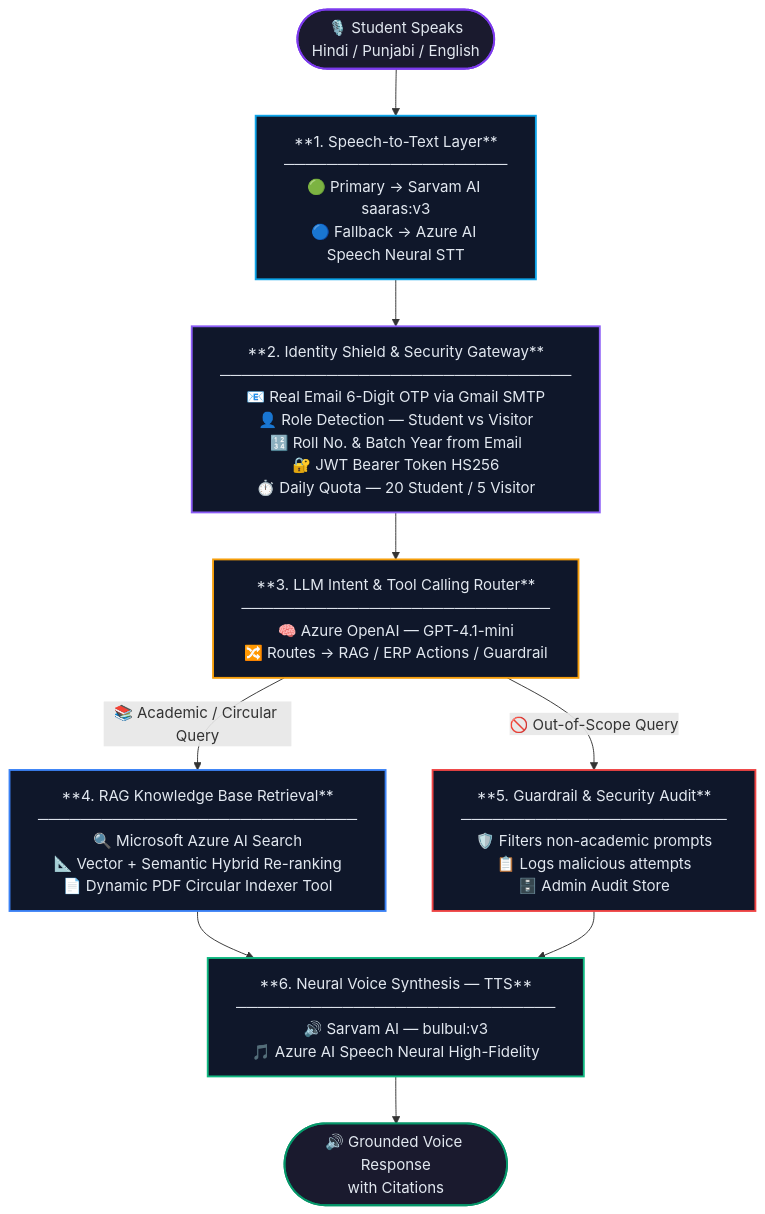
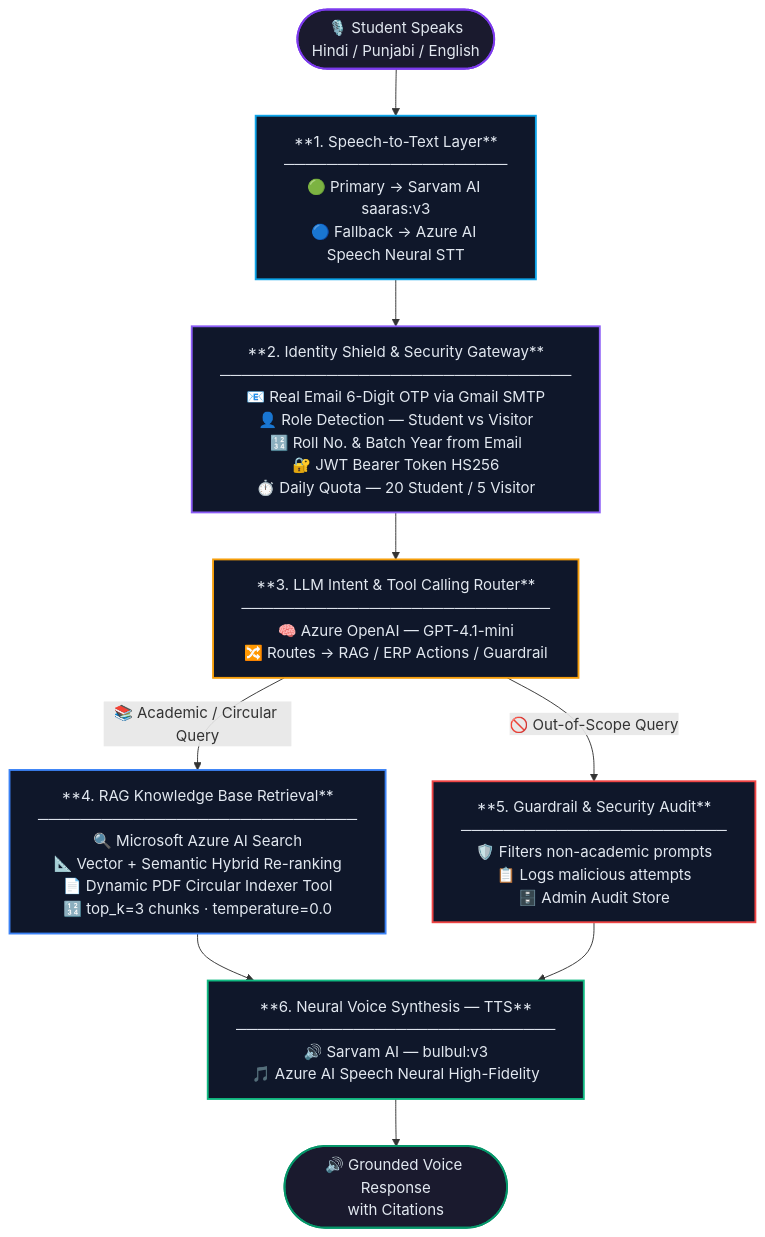
One commit to Satyam2006chh/Azure-VoiceAgent changed the diagram in README.md. Above: the diagram before and after it, drawn with Mermaid. The commit also changed other lines of this file and 3 other files, not shown here.

Commit message:
feat: final project — full admin overhaul, RAG anti-hallucination, PDF delete & indexing, language analytics, navbar cleanup, updated README

````diff
--- a/README.md
+++ b/README.md
@@ -52,39 +56,39 @@
 ```mermaid
 flowchart TD
     A(["🎙️ Student Speaks\nHindi / Punjabi / English"]):::input
 
     A --> B
 
     B["**1. Speech-to-Text Layer**\n─────────────────────\n🟢 Primary → Sarvam AI saaras:v3\n🔵 Fallback → Azure AI Speech Neural STT"]:::stt
 
     B --> C
 
     C["**2. Identity Shield & Security Gateway**\n─────────────────────────────────\n📧 Real Email 6-Digit OTP via Gmail SMTP\n👤 Role Detection — Student vs Visitor\n🔢 Roll No. & Batch Year from Email\n🔐 JWT Bearer Token HS256\n⏱️ Daily Quota — 20 Student / 5 Visitor"]:::auth
 
     C --> D
 
     D["**3. LLM Intent & Tool Calling Router**\n─────────────────────────────\n🧠 Azure OpenAI — GPT-4.1-mini\n🔀 Routes → RAG / ERP Actions / Guardrail"]:::llm
 
     D -->|"📚 Academic / Circular Query"| E
     D -->|"🚫 Out-of-Scope Query"| F
 
-    E["**4. RAG Knowledge Base Retrieval**\n──────────────────────────────\n🔍 Microsoft Azure AI Search\n📐 Vector + Semantic Hybrid Re-ranking\n📄 Dynamic PDF Circular Indexer Tool"]:::rag
+    E["**4. RAG Knowledge Base Retrieval**\n──────────────────────────────\n🔍 Microsoft Azure AI Search\n📐 Vector + Semantic Hybrid Re-ranking\n📄 Dynamic PDF Circular Indexer Tool\n🔢 top_k=3 chunks · temperature=0.0"]:::rag
 
     F["**5. Guardrail & Security Audit**\n─────────────────────────\n🛡️ Filters non-academic prompts\n📋 Logs malicious attempts\n🗄️ Admin Audit Store"]:::guard
 
     E --> G
     F --> G
 
     G["**6. Neural Voice Synthesis — TTS**\n──────────────────────────────\n🔊 Sarvam AI — bulbul:v3\n🎵 Azure AI Speech Neural High-Fidelity"]:::tts
 
     G --> H(["🔊 Grounded Voice Response\nwith Citations"]):::output
 
     classDef input fill:#1a1a2e,stroke:#7c3aed,stroke-width:2px,color:#e2e8f0,rx:20
     classDef output fill:#1a1a2e,stroke:#059669,stroke-width:2px,color:#e2e8f0,rx:20
     classDef stt fill:#0f172a,stroke:#0ea5e9,stroke-width:2px,color:#e2e8f0
     classDef auth fill:#0f172a,stroke:#8b5cf6,stroke-width:2px,color:#e2e8f0
     classDef llm fill:#0f172a,stroke:#f59e0b,stroke-width:2px,color:#e2e8f0
     classDef rag fill:#0f172a,stroke:#3b82f6,stroke-width:2px,color:#e2e8f0
     classDef guard fill:#0f172a,stroke:#ef4444,stroke-width:2px,color:#e2e8f0
     classDef tts fill:#0f172a,stroke:#10b981,stroke-width:2px,color:#e2e8f0
 ```
````
